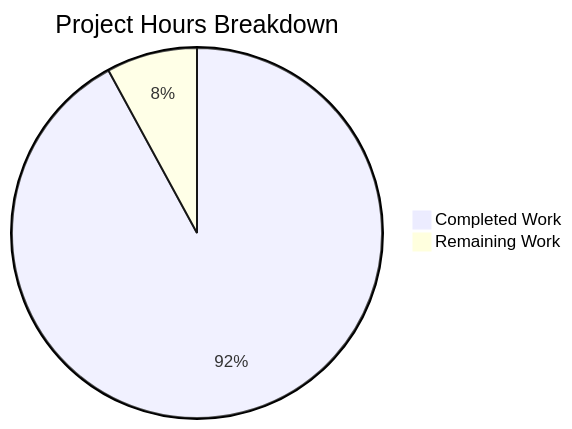
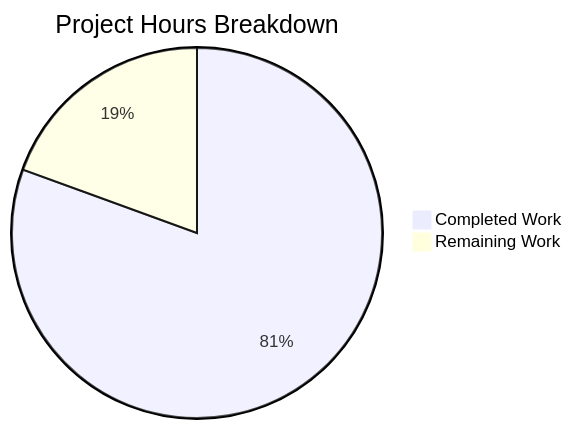
The diagram in blitzy/documentation/Project Guide.md (lakshya-blitzy/RepoSitory_with_multiple_details_12345-), drawn with Mermaid before and after one commit. The commit also changed other lines of this file, not shown here.

Commit message:
Adding Blitzy Project Guide: Project Status and Human Tasks Remaining

````diff
--- a/blitzy/documentation/Project Guide.md
+++ b/blitzy/documentation/Project Guide.md
@@ -24,5 +105,5 @@
 ```mermaid
 pie title Project Hours Breakdown
     "Completed Work" : 58
-    "Remaining Work" : 5
+    "Remaining Work" : 14
 ```
````
